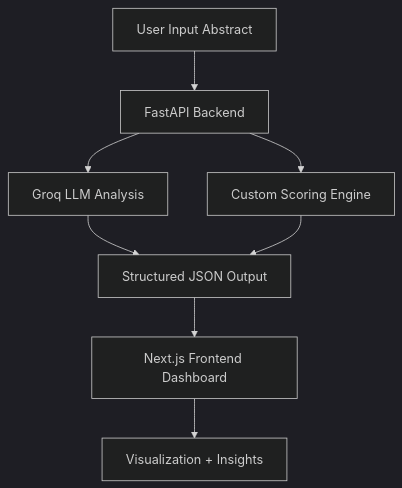
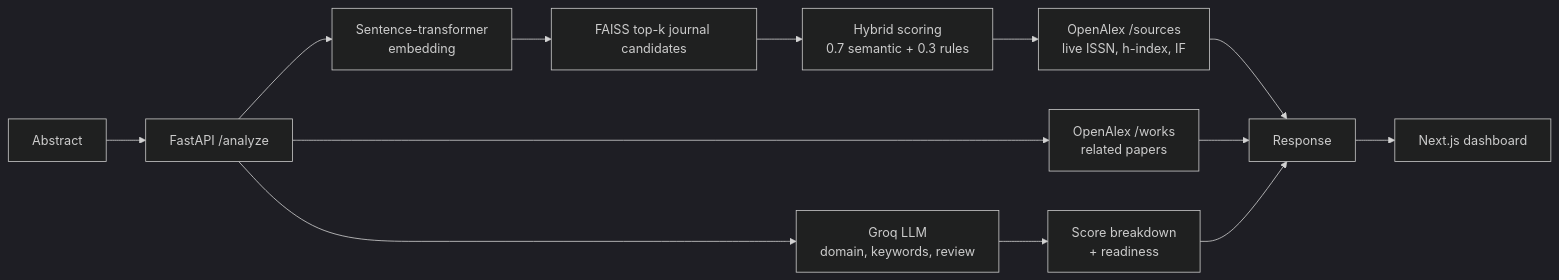
One commit to Ks-Gupta/ai-journal-copilot changed the diagram in Readme.md. Above: the diagram before and after it, drawn with Mermaid (dark theme). The commit also changed other lines of this file and 31 other files, not shown here.

`````diff
--- a/Readme.md
+++ b/Readme.md
@@ -82,10 +42,15 @@
 ```mermaid
-flowchart TD
-A[User Input Abstract] --> B[FastAPI Backend]
-B --> C[Groq LLM Analysis]
-B --> D[Custom Scoring Engine]
-C --> E[Structured JSON Output]
-D --> E
-E --> F[Next.js Frontend Dashboard]
-F --> G[Visualization + Insights]
-````
+flowchart LR
+  A[Abstract] --> B[FastAPI /analyze]
+  B --> C[Groq LLM<br/>domain, keywords, review]
+  B --> D[Sentence-transformer<br/>embedding]
+  D --> E[FAISS top-k journal candidates]
+  E --> F[Hybrid scoring<br/>0.7 semantic + 0.3 rules]
+  F --> G[OpenAlex /sources<br/>live ISSN, h-index, IF]
+  B --> H[OpenAlex /works<br/>related papers]
+  C --> I[Score breakdown<br/>+ readiness]
+  G --> J[Response]
+  H --> J
+  I --> J
+  J --> K[Next.js dashboard]
+```
`````
